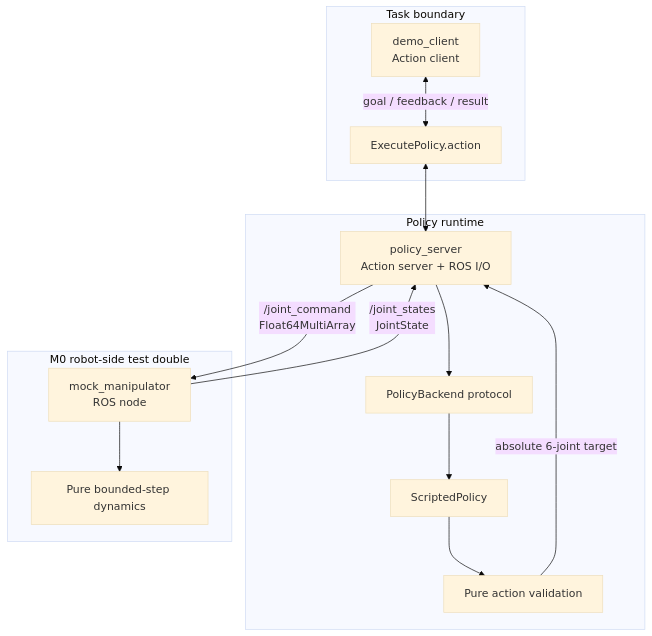
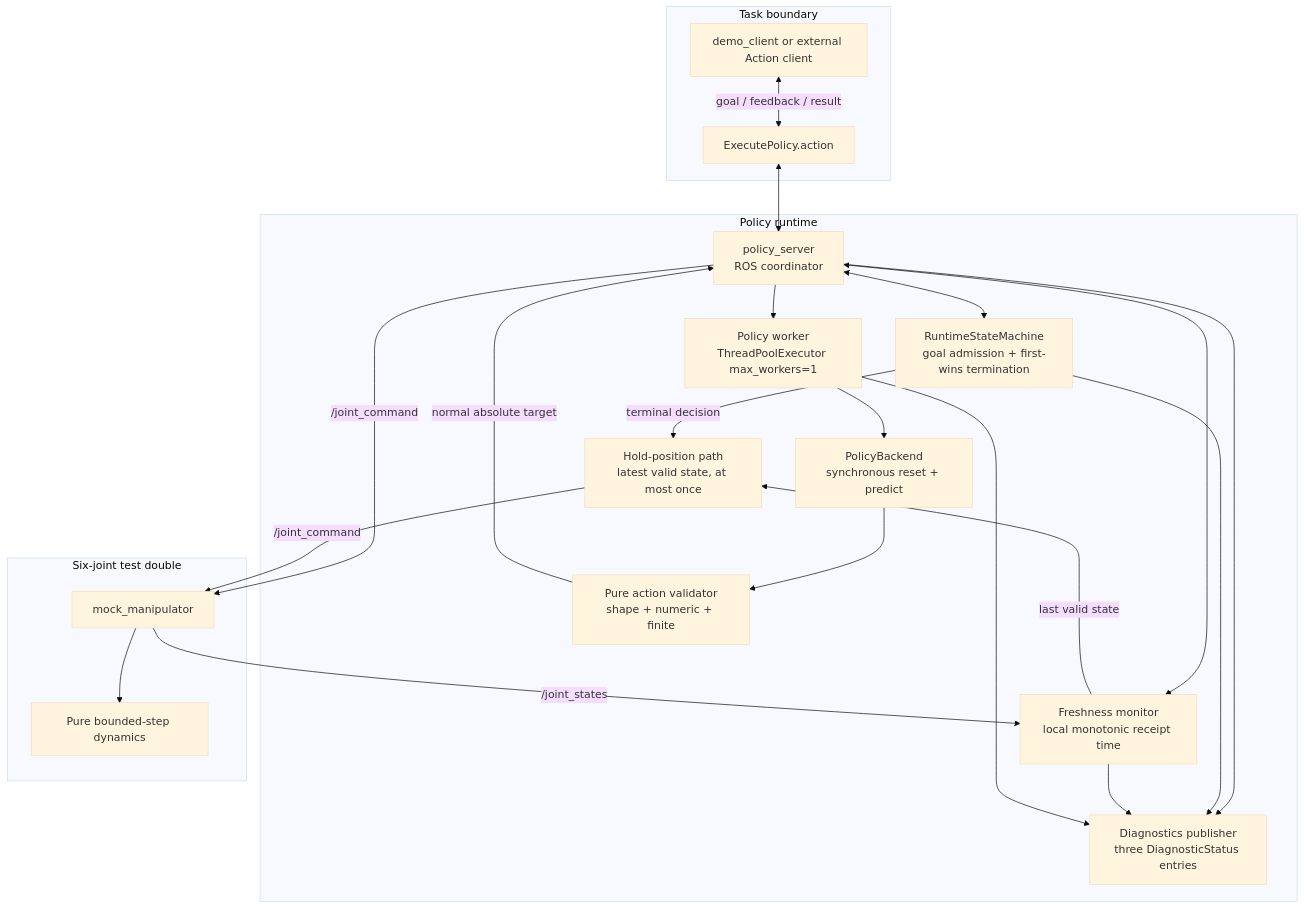
One commit to Yanagisawa2002/PolicyBridge-ROS2 changed the first of 3 diagrams in docs/architecture.md. Above: the diagram before and after it, drawn with Mermaid (base theme). The commit also changed other lines of this file and 12 other files, not shown here.

Commit message:
feat: add PolicyBridge runtime fault handling

````diff
--- a/docs/architecture.md
+++ b/docs/architecture.md
@@ -7,29 +9,42 @@
 ```mermaid
 flowchart TB
     subgraph Task["Task boundary"]
-        Client["demo_client\nAction client"]
+        Client["demo_client or external Action client"]
         Contract["ExecutePolicy.action"]
     end
 
     subgraph Runtime["Policy runtime"]
-        Server["policy_server\nAction server + ROS I/O"]
-        Validation["Pure action validation"]
-        Backend["PolicyBackend protocol"]
-        Scripted["ScriptedPolicy"]
+        Server["policy_server\nROS coordinator"]
+        State["RuntimeStateMachine\ngoal admission + first-wins termination"]
+        Freshness["Freshness monitor\nlocal monotonic receipt time"]
+        Worker["Policy worker\nThreadPoolExecutor max_workers=1"]
+        Backend["PolicyBackend\nsynchronous reset + predict"]
+        Validator["Pure action validator\nshape + numeric + finite"]
+        Hold["Hold-position path\nlatest valid state, at most once"]
+        Diagnostics["Diagnostics publisher\nthree DiagnosticStatus entries"]
     end
 
-    subgraph RobotSide["M0 robot-side test double"]
-        Mock["mock_manipulator\nROS node"]
+    subgraph RobotSide["Six-joint test double"]
+        Mock["mock_manipulator"]
         Dynamics["Pure bounded-step dynamics"]
     end
 
     Client <-->|"goal / feedback / result"| Contract
     Contract <--> Server
-    Server --> Backend
-    Backend --> Scripted
-    Scripted --> Validation
-    Validation -->|"absolute 6-joint target"| Server
-    Server -->|"/joint_command\nFloat64MultiArray"| Mock
+    Server <--> State
+    Server <--> Freshness
+    Server --> Worker
+    Worker --> Backend
+    Backend --> Validator
+    Validator -->|"normal absolute target"| Server
+    State -->|"terminal decision"| Hold
+    Freshness -->|"last valid state"| Hold
+    Server --> Diagnostics
+    State --> Diagnostics
+    Freshness --> Diagnostics
+    Worker --> Diagnostics
+    Server -->|"/joint_command"| Mock
+    Hold -->|"/joint_command"| Mock
     Mock --> Dynamics
-    Mock -->|"/joint_states\nJointState"| Server
+    Mock -->|"/joint_states"| Freshness
 ```
````
